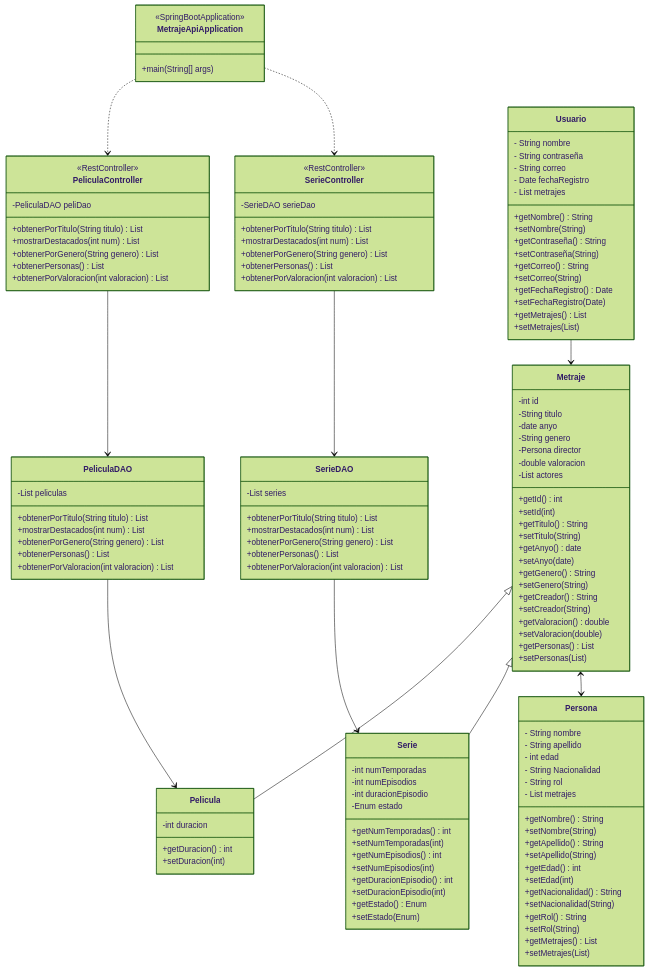
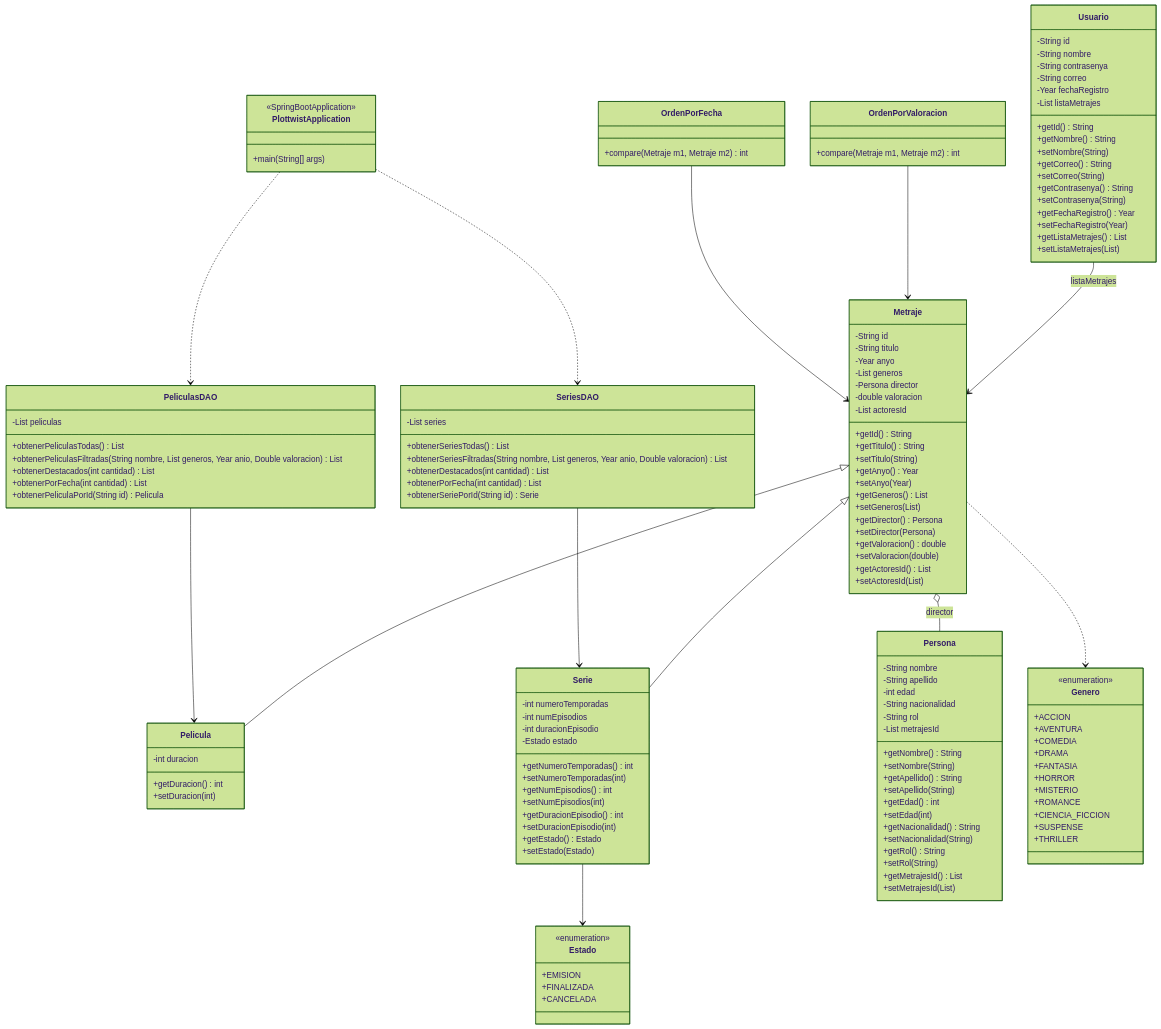
The diagram in diseño/diagrama_clase.md (JesusCanas/PlotTwist), drawn with Mermaid (forest theme) before and after one commit. The commit also changed other lines of this file and 6 other files, not shown here.

Commit message:
Refinado clases del modelo + DAOs completos. Actualizado diagrama de clases

````diff
--- a/diseño/diagrama_clase.md
+++ b/diseño/diagrama_clase.md
@@ -2,27 +2,26 @@
 ```mermaid
 classDiagram
-    class Metraje{
-        -int id
+    class Metraje {
+        -String id
         -String titulo
-        -date anyo
-        -String genero
+        -Year anyo
+        -List<Genero> generos
         -Persona director
         -double valoracion
-        -List <Persona> actores
-        +getId() int
-        +setId(int)
+        -List<String> actoresId
+        +getId() String
         +getTitulo() String
         +setTitulo(String)
-        +getAnyo() date
-        +setAnyo(date)
-        +getGenero() String
-        +setGenero(String)
-        +getCreador() String
-        +setCreador(String)
+        +getAnyo() Year
+        +setAnyo(Year)
+        +getGeneros() List<Genero>
+        +setGeneros(List<Genero>)
+        +getDirector() Persona
+        +setDirector(Persona)
         +getValoracion() double
         +setValoracion(double)
-        +getPersonas() List<Persona>
-        +setPersonas(List<Persona>)
+        +getActoresId() List<String>
+        +setActoresId(List<String>)
     }
 
     class Pelicula {
@@ -32,26 +31,26 @@
     }
 
     class Serie {
-        -int numTemporadas
+        -int numeroTemporadas
         -int numEpisodios
         -int duracionEpisodio
-        -Enum estado
-        +getNumTemporadas() int
-        +setNumTemporadas(int)
+        -Estado estado
+        +getNumeroTemporadas() int
+        +setNumeroTemporadas(int)
         +getNumEpisodios() int
         +setNumEpisodios(int)
         +getDuracionEpisodio() int
         +setDuracionEpisodio(int)
-        +getEstado() Enum
-        +setEstado(Enum)
+        +getEstado() Estado
+        +setEstado(Estado)
     }
     class Persona {
-        - String nombre
-        - String apellido
-        - int edad
-        - String Nacionalidad
-        - String rol
-        - List<Metraje> metrajes
+        -String nombre
+        -String apellido
+        -int edad
+        -String nacionalidad
+        -String rol
+        -List<String> metrajesId
         +getNombre() String
         +setNombre(String)
         +getApellido() String
@@ -62,82 +61,94 @@
         +setNacionalidad(String)
         +getRol() String
         +setRol(String)
-        +getMetrajes() List<Metraje>
-        +setMetrajes(List<Metraje>)
+        +getMetrajesId() List<String>
+        +setMetrajesId(List<String>)
     }
 
-    class PeliculaDAO {
-        -List<Pelicula> peliculas 
-        +obtenerPorTitulo(String titulo)  List<Pelicula>
-        +mostrarDestacados(int num) List<Pelicula>
-        +obtenerPorGenero(String genero) List<Pelicula>
-        +obtenerPersonas() List<Persona>
-        +obtenerPorValoracion(int valoracion) List<Pelicula>
+    class PeliculasDAO {
+        -List<Pelicula> peliculas
+        +obtenerPeliculasTodas() List<Pelicula>
+        +obtenerPeliculasFiltradas(String nombre, List<Genero> generos, Year anio, Double valoracion) List<Pelicula>
+        +obtenerDestacados(int cantidad) List<Pelicula>
+        +obtenerPorFecha(int cantidad) List<Pelicula>
+        +obtenerPeliculaPorId(String id) Pelicula
     }
 
-    class SerieDAO {
-        -List<Serie> series 
-        +obtenerPorTitulo(String titulo) List<Serie>
-        +mostrarDestacados(int num) List<Serie>
-        +obtenerPorGenero(String genero)  List<Serie>
-        +obtenerPersonas() List<Persona>
-        +obtenerPorValoracion(int valoracion) List<Serie>
+    class SeriesDAO {
+        -List<Serie> series
+        +obtenerSeriesTodas() List<Serie>
+        +obtenerSeriesFiltradas(String nombre, List<Genero> generos, Year anio, Double valoracion) List<Serie>
+        +obtenerDestacados(int cantidad) List<Serie>
+        +obtenerPorFecha(int cantidad) List<Serie>
+        +obtenerSeriePorId(String id) Serie
     }
 
-    class PeliculaController {
-        <<RestController>>
-        -PeliculaDAO peliDao
-        +obtenerPorTitulo(String titulo)  List<Pelicula>
-        +mostrarDestacados(int num)  List<Pelicula>
-        +obtenerPorGenero(String genero)  List<Pelicula>
-        +obtenerPersonas()  List<Persona>
-        +obtenerPorValoracion(int valoracion)  List<Pelicula>
-    }
-
-      class SerieController {
-        <<RestController>>
-        -SerieDAO serieDao
-        +obtenerPorTitulo(String titulo) List<Serie>
-        +mostrarDestacados(int num) List<Serie>
-        +obtenerPorGenero(String genero)  List<Serie>
-        +obtenerPersonas() List<Persona>
-        +obtenerPorValoracion(int valoracion) List<Serie>
-    }
-
-    class MetrajeApiApplication {
+    class PlottwistApplication {
         <<SpringBootApplication>>
         +main(String[] args)
     }
 
     class Usuario {
-        - String nombre
-        - String contraseña
-        - String correo
-        - Date fechaRegistro 
-        - List<Metraje> metrajes
+        -String id
+        -String nombre
+        -String contrasenya
+        -String correo
+        -Year fechaRegistro
+        -List<Metraje> listaMetrajes
+        +getId() String
         +getNombre() String
         +setNombre(String)
-        +getContraseña() String
-        +setContraseña(String)
         +getCorreo() String
         +setCorreo(String)
-        +getFechaRegistro() Date
-        +setFechaRegistro(Date)
-        +getMetrajes() List<Metraje>
-        +setMetrajes(List<Metraje>)
+        +getContrasenya() String
+        +setContrasenya(String)
+        +getFechaRegistro() Year
+        +setFechaRegistro(Year)
+        +getListaMetrajes() List<Metraje>
+        +setListaMetrajes(List<Metraje>)
     }
 
     Metraje <|-- Pelicula
-    Metraje <|-- Serie 
-    Metraje <--> Persona
-    SerieDAO --> Serie 
-    SerieController --> SerieDAO 
-    PeliculaDAO --> Pelicula 
-    PeliculaController --> PeliculaDAO 
-    MetrajeApiApplication ..> PeliculaController 
-    MetrajeApiApplication ..> SerieController 
-    Usuario --> Metraje
+    Metraje <|-- Serie
+    Metraje o-- Persona : director
+    Usuario --> Metraje : listaMetrajes
+    PeliculasDAO --> Pelicula
+    SeriesDAO --> Serie
+    OrdenPorValoracion --> Metraje
+    OrdenPorFecha --> Metraje
+    Serie --> Estado
+    Metraje ..> Genero
+    PlottwistApplication ..> PeliculasDAO
+    PlottwistApplication ..> SeriesDAO
 
+    class OrdenPorValoracion {
+        +compare(Metraje m1, Metraje m2) int
+    }
 
-    
+    class OrdenPorFecha {
+        +compare(Metraje m1, Metraje m2) int
+    }
+
+    class Genero {
+        <<enumeration>>
+        +ACCION
+        +AVENTURA
+        +COMEDIA
+        +DRAMA
+        +FANTASIA
+        +HORROR
+        +MISTERIO
+        +ROMANCE
+        +CIENCIA_FICCION
+        +SUSPENSE
+        +THRILLER
+    }
+
+    class Estado {
+        <<enumeration>>
+        +EMISION
+        +FINALIZADA
+        +CANCELADA
+    }
+
 ```
````
